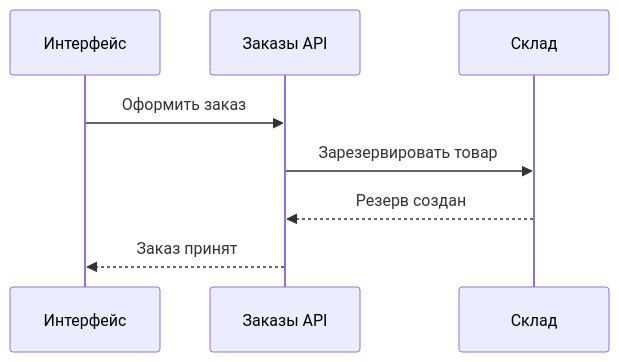
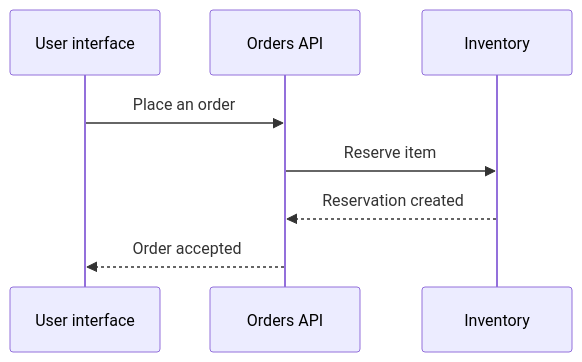
The third of 4 diagrams in skills/draw-diagrams/references/examples.md (BrikozO/MyOwnHarness), drawn with Mermaid before and after one commit. The commit also changed other lines of this file and 4 other files, not shown here.

First line of the commit message:
Translate diagram skill and references into English

````diff
--- a/skills/draw-diagrams/references/examples.md
+++ b/skills/draw-diagrams/references/examples.md
@@ -59,11 +59,11 @@
 ```mermaid
 sequenceDiagram
-    participant UI as Интерфейс
-    participant API as Заказы API
-    participant Stock as Склад
-    %% correlationId передаётся во всех запросах
-    UI->>API: Оформить заказ
-    API->>Stock: Зарезервировать товар
-    Stock-->>API: Резерв создан
-    API-->>UI: Заказ принят
+    participant UI as User interface
+    participant API as Orders API
+    participant Stock as Inventory
+    %% correlationId is passed in every request
+    UI->>API: Place an order
+    API->>Stock: Reserve item
+    Stock-->>API: Reservation created
+    API-->>UI: Order accepted
 ```
````
